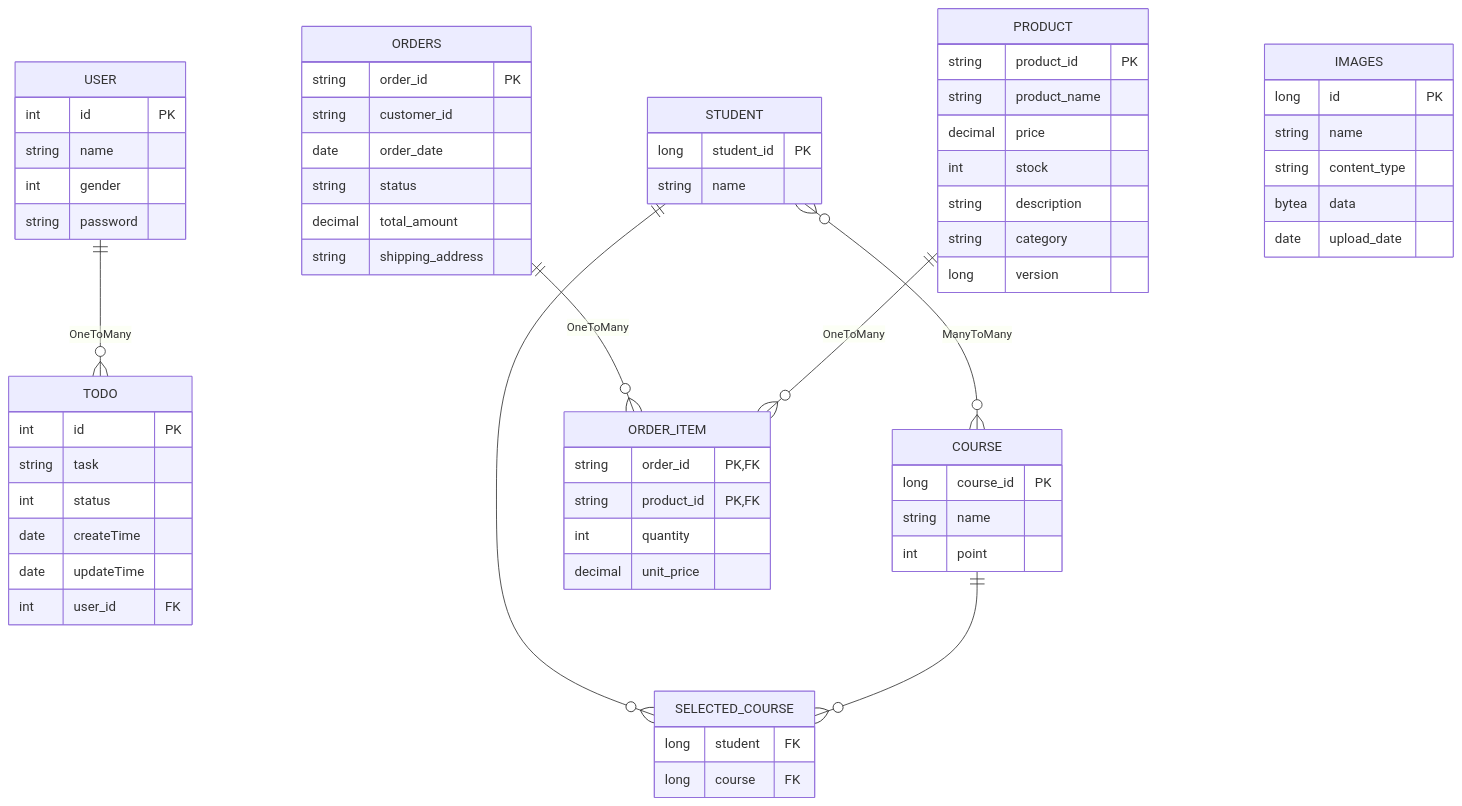
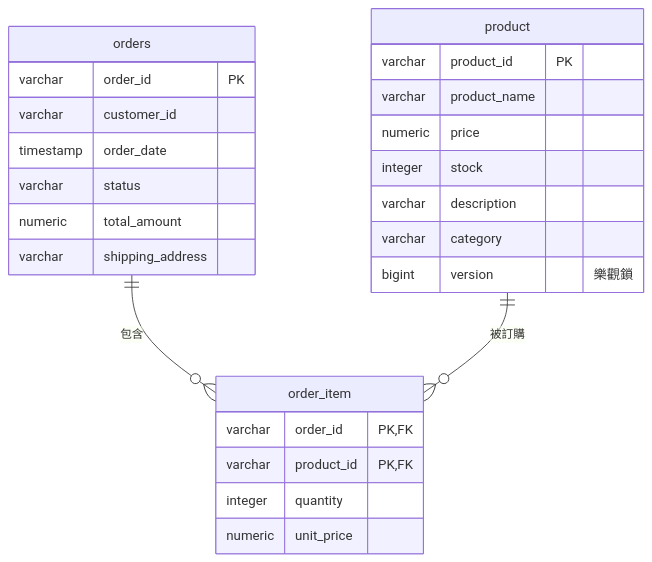
The third of 8 diagrams in Spring_JPA2/readme.md (Jared73431/SpringTest), drawn with Mermaid before and after one commit. The commit also changed other lines of this file, not shown here.

Commit message:
JPA2: split the README ER diagram by domain
The single diagram put four unrelated table groups into one Mermaid
auto-layout, and drew Student-Course twice (direct ManyToMany plus via
selected_course), causing crossing lines. Now one small diagram per
domain (user/todo, student/course, orders/product, images), showing
the join table only, with actual table/column names and PostgreSQL
types. Rendered locally with mermaid-cli to verify; selected_course's
composite primary key checked against the database.

````diff
--- a/Spring_JPA2/readme.md
+++ b/Spring_JPA2/readme.md
@@ -37,75 +85,28 @@
 ```mermaid
 erDiagram
-    USER {
-        int id PK
-        string name
-        int gender
-        string password
+    orders ||--o{ order_item : "包含"
+    product ||--o{ order_item : "被訂購"
+    orders {
+        varchar order_id PK
+        varchar customer_id
+        timestamp order_date
+        varchar status
+        numeric total_amount
+        varchar shipping_address
     }
-
-    TODO {
-        int id PK
-        string task
-        int status
-        date createTime
-        date updateTime
-        int user_id FK
+    order_item {
+        varchar order_id PK, FK
+        varchar product_id PK, FK
+        integer quantity
+        numeric unit_price
     }
-
-    STUDENT {
-        long student_id PK
-        string name
+    product {
+        varchar product_id PK
+        varchar product_name
+        numeric price
+        integer stock
+        varchar description
+        varchar category
+        bigint version "樂觀鎖"
     }
-
-    COURSE {
-        long course_id PK
-        string name
-        int point
-    }
-
-    SELECTED_COURSE {
-        long student FK
-        long course FK
-    }
-
-    ORDERS {
-        string order_id PK
-        string customer_id
-        date order_date
-        string status
-        decimal total_amount
-        string shipping_address
-    }
-
-    PRODUCT {
-        string product_id PK
-        string product_name
-        decimal price
-        int stock
-        string description
-        string category
-        long version
-    }
-
-    ORDER_ITEM {
-        string order_id PK,FK
-        string product_id PK,FK
-        int quantity
-        decimal unit_price
-    }
-
-    IMAGES {
-        long id PK
-        string name
-        string content_type
-        bytea data
-        date upload_date
-    }
-
-    USER ||--o{ TODO : "OneToMany"
-    STUDENT }o--o{ COURSE : "ManyToMany"
-    STUDENT ||--o{ SELECTED_COURSE : ""
-    COURSE ||--o{ SELECTED_COURSE : ""
-    ORDERS ||--o{ ORDER_ITEM : "OneToMany"
-    PRODUCT ||--o{ ORDER_ITEM : "OneToMany"
 ```
````
